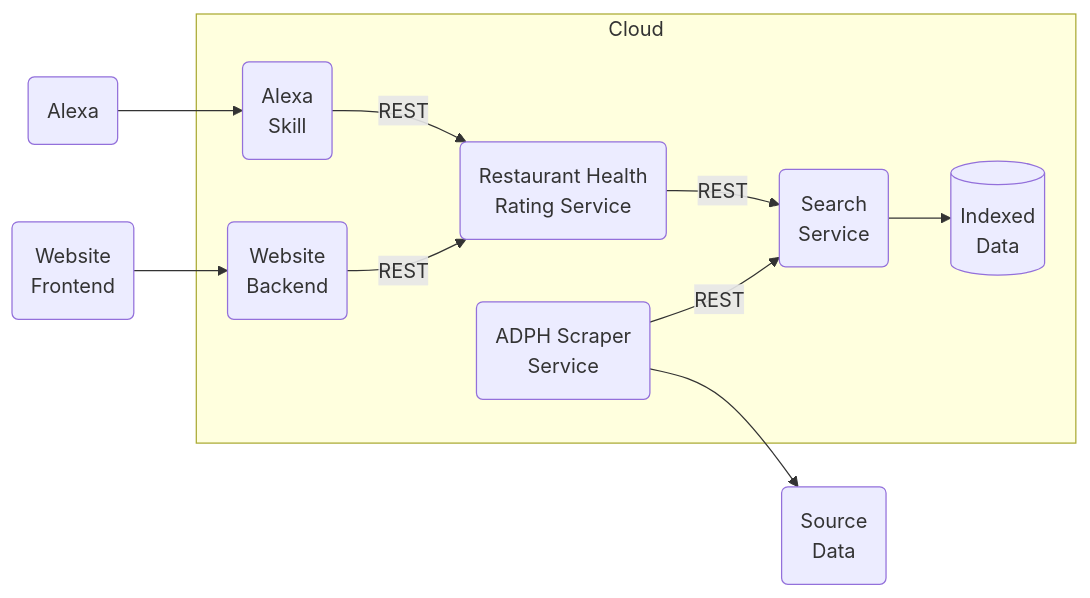
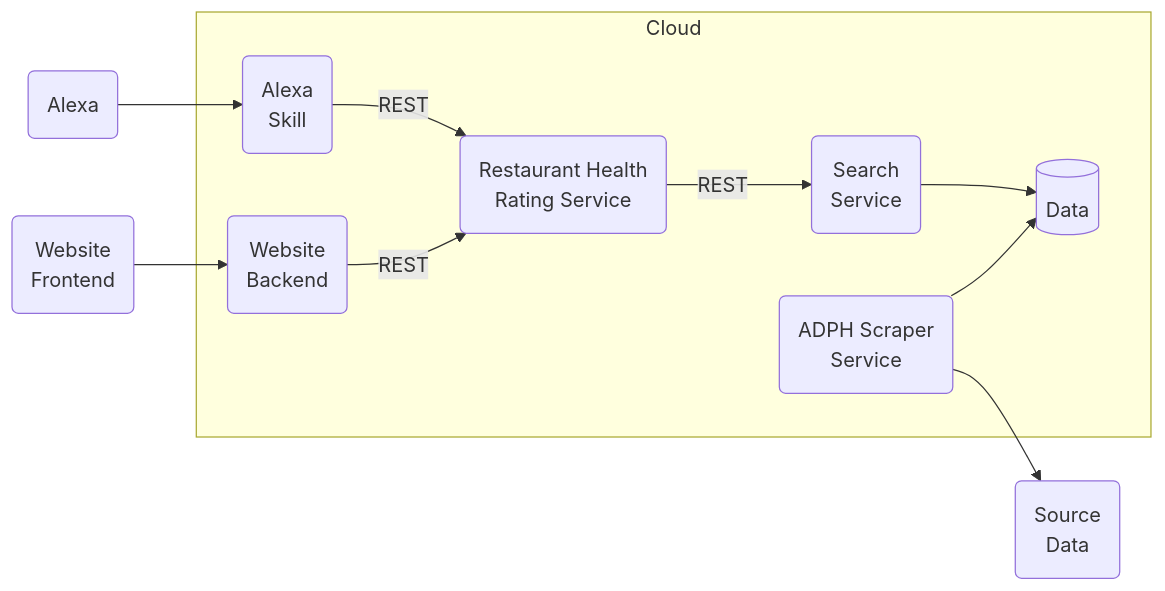
Before and after one commit to shandsj/HuntsvilleFood: the diagram in README.md, drawn with Mermaid.

````diff
--- a/README.md
+++ b/README.md
@@ -5,34 +5,34 @@
 ```mermaid
 
 flowchart LR
 
   alexa(Alexa)
   websiteFrontend(Website\nFrontend)
 
   subgraph cloud[Cloud]
     alexaSkill(Alexa\nSkill)
     websiteBackend(Website\nBackend)
     
     healthRatingService(Restaurant Health\nRating Service)
     
     searchService(Search\nService)
     scraperService(ADPH Scraper\nService)
     
     alexaSkill --REST--> healthRatingService
     websiteBackend --REST--> healthRatingService
     
-    searchService --> searchDatabase[(Indexed\nData)]
+    searchService --> searchDatabase[(Data)]
     
-    scraperService --REST--> searchService
+    scraperService --> searchDatabase
     
     healthRatingService --REST--> searchService
     
   end
   
   sourceData(Source\nData)
 
   websiteFrontend --> websiteBackend
   alexa --> alexaSkill
   
   scraperService --> sourceData
 ```
````
